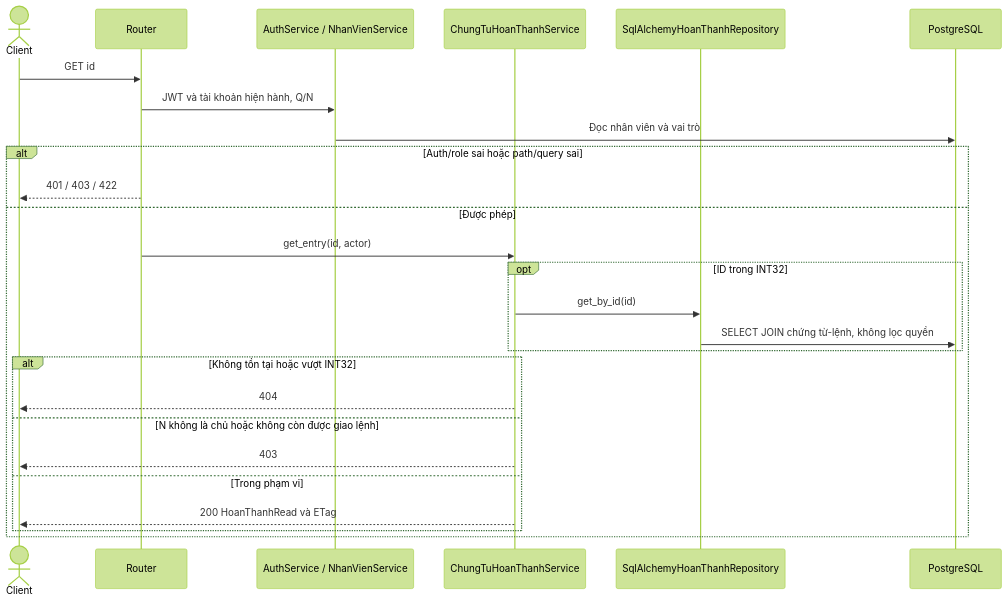
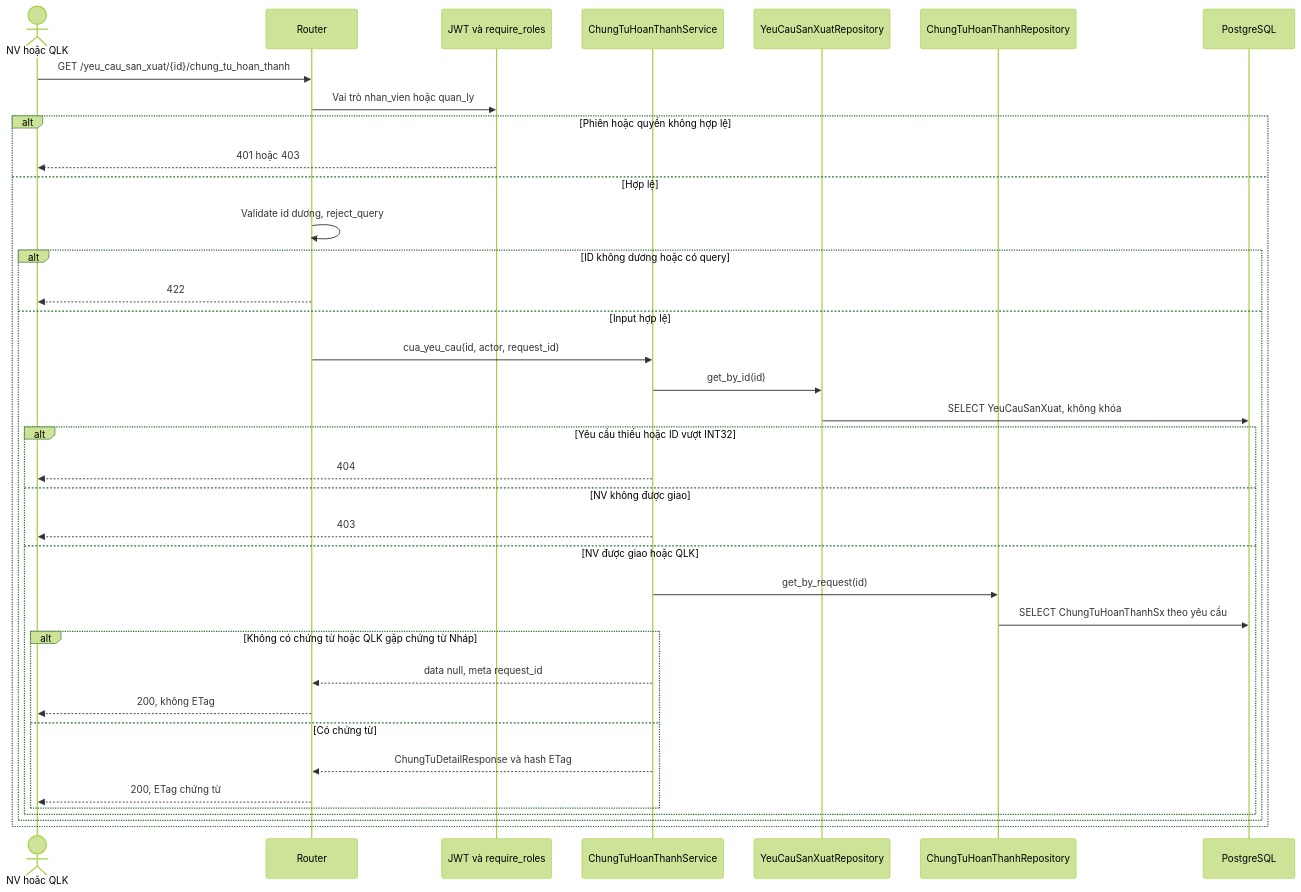
Before and after one commit to thanhklt/xbike-mrp-system: diagram 16 of 19 in docs/sequence/san_xuat.md, drawn with Mermaid (forest theme). The commit also changed other lines of this file and 230 other files, not shown here.

````diff
--- a/docs/sequence/san_xuat.md
+++ b/docs/sequence/san_xuat.md
@@ -883,28 +982,39 @@
 ```mermaid
 sequenceDiagram
-    actor C as Client
-    participant R as Router
-    participant A as AuthService / NhanVienService
+    actor U as NV hoặc QLK
+    participant API as Router
+    participant Auth as JWT và require_roles
     participant S as ChungTuHoanThanhService
-    participant P as SqlAlchemyHoanThanhRepository
-    participant D as PostgreSQL
-    C->>R: GET id
-    R->>A: JWT và tài khoản hiện hành, Q/N
-    A->>D: Đọc nhân viên và vai trò
-    alt Auth/role sai hoặc path/query sai
-        R-->>C: 401 / 403 / 422
-    else Được phép
-        R->>S: get_entry(id, actor)
-        opt ID trong INT32
-            S->>P: get_by_id(id)
-            P->>D: SELECT JOIN chứng từ-lệnh, không lọc quyền
-        end
-        alt Không tồn tại hoặc vượt INT32
-            S-->>C: 404
-        else N không là chủ hoặc không còn được giao lệnh
-            S-->>C: 403
-        else Trong phạm vi
-            S-->>C: 200 HoanThanhRead và ETag
+    participant R as YeuCauSanXuatRepository
+    participant C as ChungTuHoanThanhRepository
+    participant DB as PostgreSQL
+    U->>API: GET /yeu_cau_san_xuat/{id}/chung_tu_hoan_thanh
+    API->>Auth: Vai trò nhan_vien hoặc quan_ly
+    alt Phiên hoặc quyền không hợp lệ
+        Auth-->>U: 401 hoặc 403
+    else Hợp lệ
+        API->>API: Validate id dương, reject_query
+        alt ID không dương hoặc có query
+            API-->>U: 422
+        else Input hợp lệ
+            API->>S: cua_yeu_cau(id, actor, request_id)
+            S->>R: get_by_id(id)
+            R->>DB: SELECT YeuCauSanXuat, không khóa
+            alt Yêu cầu thiếu hoặc ID vượt INT32
+                S-->>U: 404
+            else NV không được giao
+                S-->>U: 403
+            else NV được giao hoặc QLK
+                S->>C: get_by_request(id)
+                C->>DB: SELECT ChungTuHoanThanhSx theo yêu cầu
+                alt Không có chứng từ hoặc QLK gặp chứng từ Nháp
+                    S-->>API: data null, meta request_id
+                    API-->>U: 200, không ETag
+                else Có chứng từ
+                    S-->>API: ChungTuDetailResponse và hash ETag
+                    API-->>U: 200, ETag chứng từ
+                end
+            end
         end
     end
 ```
````
